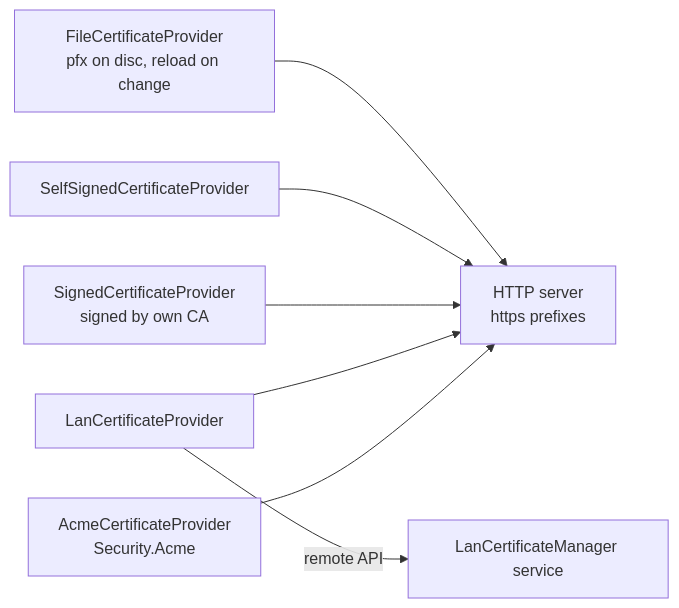
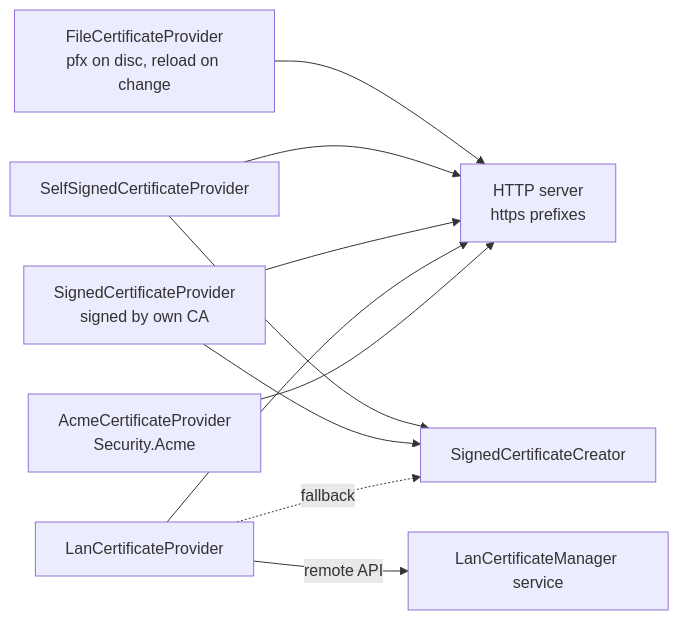
Before and after one commit to dosh1974/SysWeaver: the diagram in SysWeaver.Security/README.md, drawn with Mermaid. The commit also changed other lines of this file and 537 other files, not shown here.

````diff
--- a/SysWeaver.Security/README.md
+++ b/SysWeaver.Security/README.md
@@ -18,9 +18,12 @@
 ```mermaid
 flowchart LR
   File["FileCertificateProvider<br/>pfx on disc, reload on change"] --> Srv["HTTP server<br/>https prefixes"]
   Self["SelfSignedCertificateProvider"] --> Srv
   Signed["SignedCertificateProvider<br/>signed by own CA"] --> Srv
   Lan["LanCertificateProvider"] --> Srv
   Acme["AcmeCertificateProvider<br/>Security.Acme"] --> Srv
   Lan -->|remote API| LCM["LanCertificateManager service"]
+  Self --> Creator["SignedCertificateCreator"]
+  Signed --> Creator
+  Lan -.->|fallback| Creator
 ```
````
